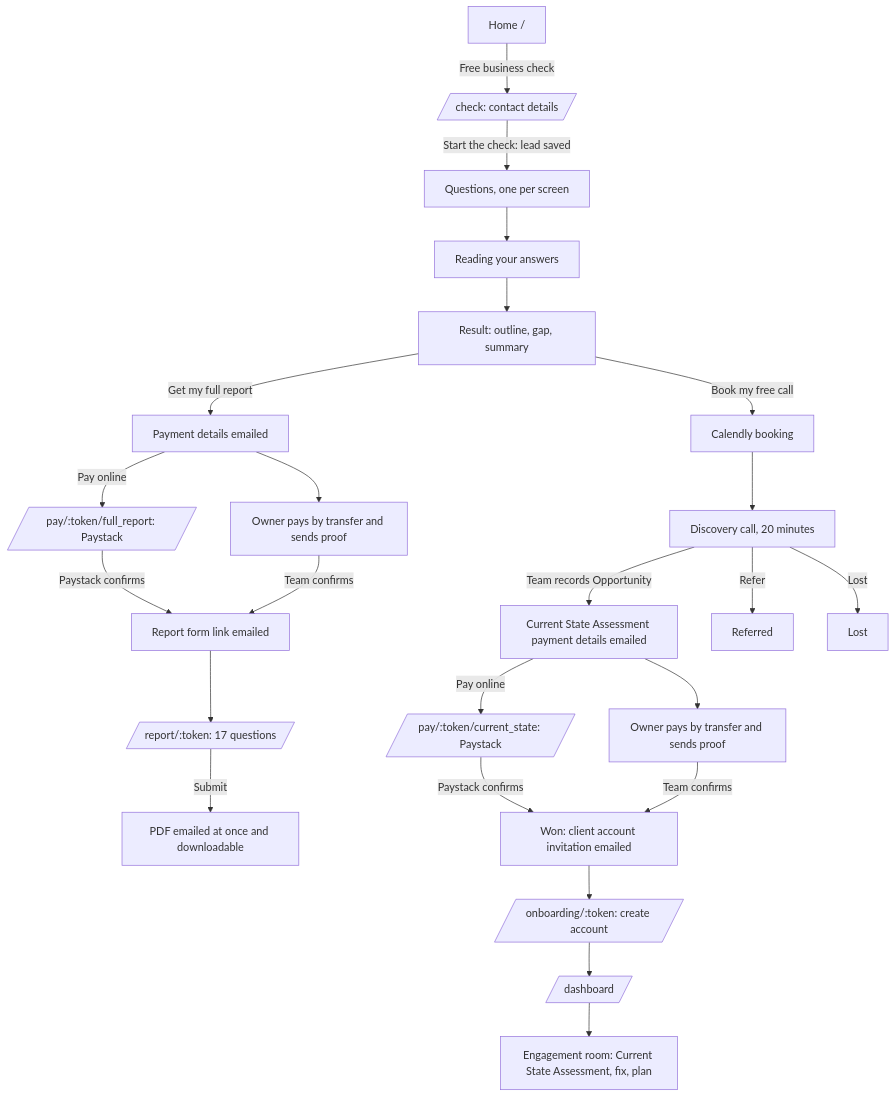
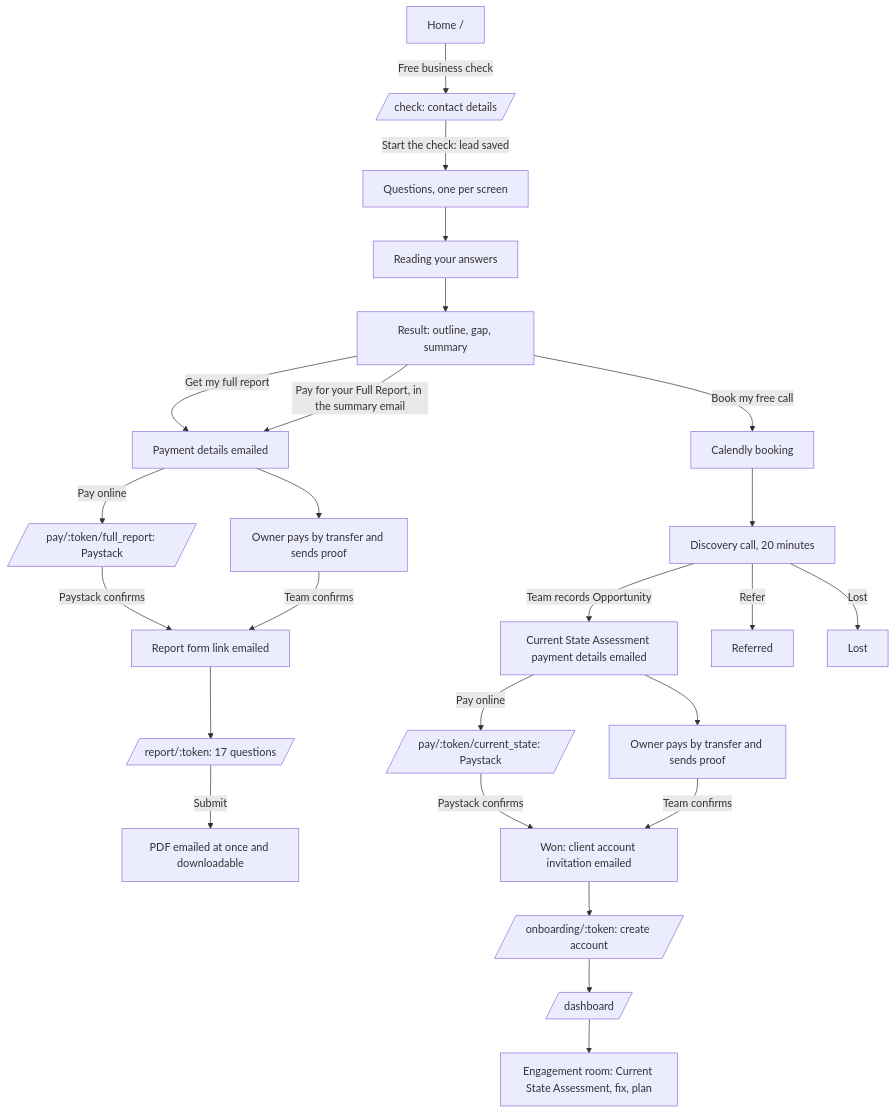
Before and after one commit to IPfactory01/IPF-SME: the first of 3 diagrams in docs/product/03-app-flow.md, drawn with Mermaid. The commit also changed other lines of this file and 8 other files, not shown here.

First line of the commit message:
Summary email links straight to paying for the Full Report on Paystack

````diff
--- a/docs/product/03-app-flow.md
+++ b/docs/product/03-app-flow.md
@@ -52,26 +52,27 @@
 ```mermaid
 flowchart TD
   A[Home /] -->|Free business check| B[/check: contact details/]
   B -->|Start the check: lead saved| C[Questions, one per screen]
   C --> D[Reading your answers]
   D --> E[Result: outline, gap, summary]
   E -->|Book my free call| F[Calendly booking]
   E -->|Get my full report| G[Payment details emailed]
+  E -->|Pay for your Full Report, in the summary email| G
   G -->|Pay online| GP[/pay/:token/full_report: Paystack/]
   GP -->|Paystack confirms| G3
   G --> G2[Owner pays by transfer and sends proof]
   G2 -->|Team confirms| G3[Report form link emailed]
   G3 --> G4[/report/:token: 17 questions/]
   G4 -->|Submit| G5[PDF emailed at once and downloadable]
   F --> H[Discovery call, 20 minutes]
   H -->|Team records Opportunity| I[Current State Assessment payment details emailed]
   H -->|Refer| R[Referred]
   H -->|Lost| L[Lost]
   I -->|Pay online| IP[/pay/:token/current_state: Paystack/]
   IP -->|Paystack confirms| J
   I --> I2[Owner pays by transfer and sends proof]
   I2 -->|Team confirms| J[Won: client account invitation emailed]
   J --> K[/onboarding/:token: create account/]
   K --> M[/dashboard/]
   M --> N[Engagement room: Current State Assessment, fix, plan]
 ```
````
